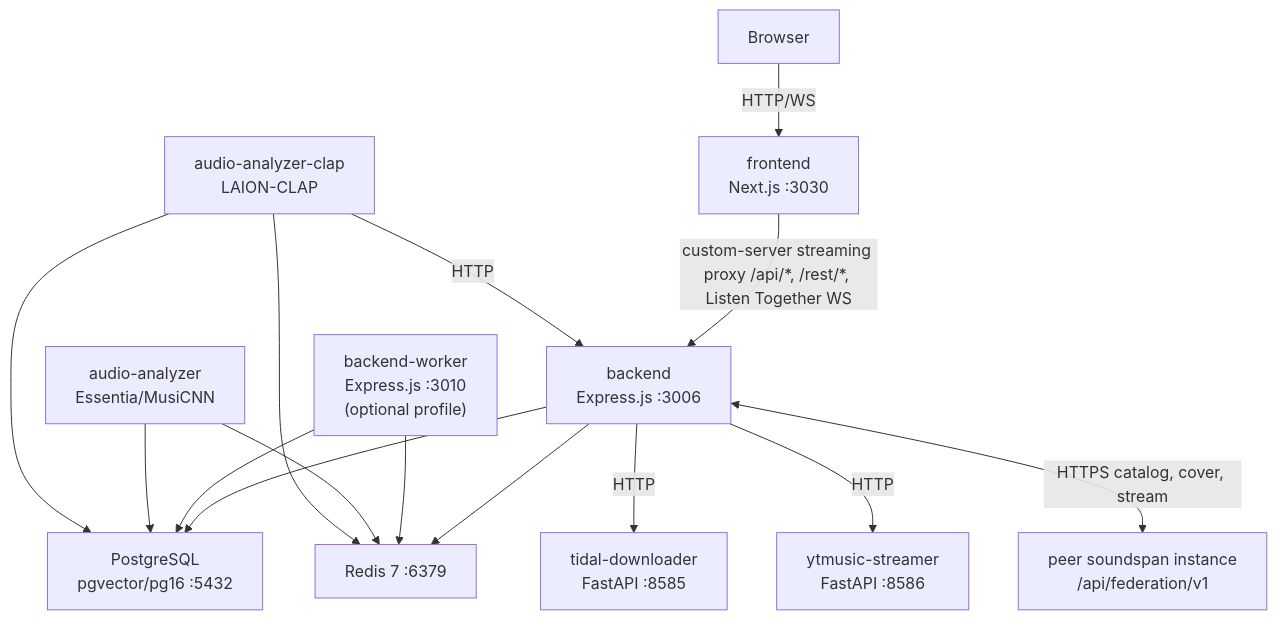
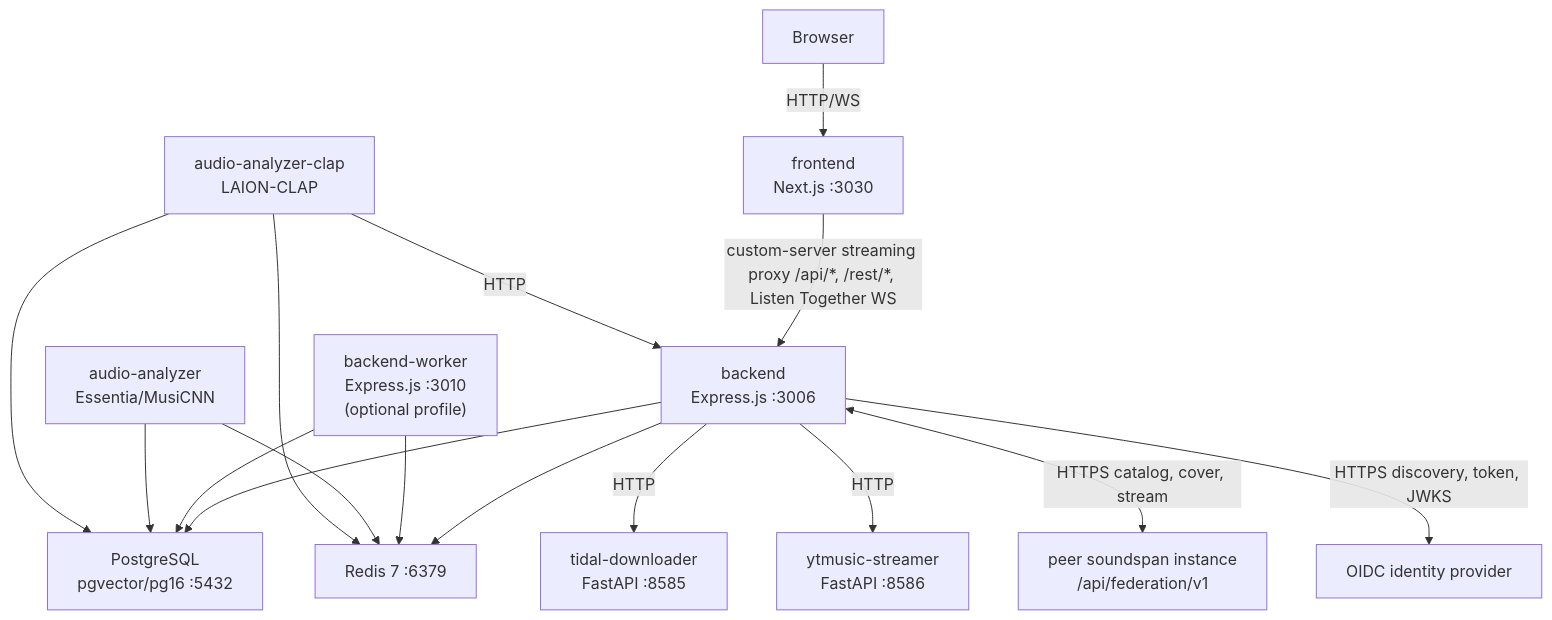
Before and after one commit to Tipson/soundspan: the first of 2 diagrams in docs/ARCHITECTURE.md, drawn with Mermaid. The commit also changed other lines of this file and 25 other files, not shown here.

````diff
--- a/docs/ARCHITECTURE.md
+++ b/docs/ARCHITECTURE.md
@@ -7,29 +7,31 @@
 ```mermaid
 graph TD
     Browser["Browser"]
     FE["frontend<br/>Next.js :3030"]
     BE["backend<br/>Express.js :3006"]
     BW["backend-worker<br/>Express.js :3010<br/>(optional profile)"]
     PG["PostgreSQL<br/>pgvector/pg16 :5432"]
     RD["Redis 7 :6379"]
     TD["tidal-downloader<br/>FastAPI :8585"]
     YT["ytmusic-streamer<br/>FastAPI :8586"]
     AA["audio-analyzer<br/>Essentia/MusiCNN"]
     AC["audio-analyzer-clap<br/>LAION-CLAP"]
     PEER["peer soundspan instance<br/>/api/federation/v1"]
+    IDP["OIDC identity provider"]
 
     Browser -->|HTTP/WS| FE
     FE -->|"custom-server streaming proxy /api/*, /rest/*, Listen Together WS"| BE
     BE --> PG
     BE --> RD
     BW --> PG
     BW --> RD
     BE -->|HTTP| TD
     BE -->|HTTP| YT
     AA --> PG
     AA --> RD
     AC --> PG
     AC --> RD
     AC -->|HTTP| BE
     BE <-->|"HTTPS catalog, cover, stream"| PEER
+    BE -->|"HTTPS discovery, token, JWKS"| IDP
 ```
````
